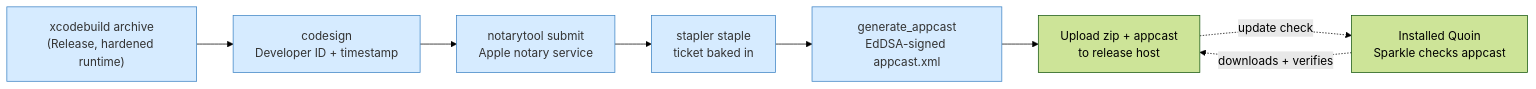
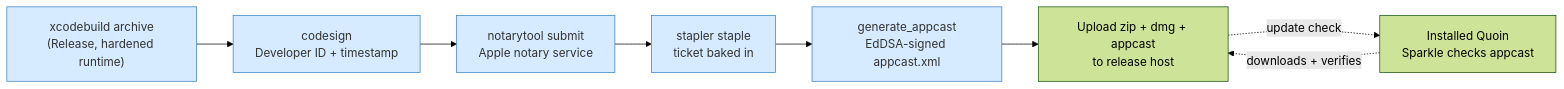
Before and after one commit to 2389-research/Quoin: the diagram in docs/reference/distribution.md, drawn with Mermaid (forest theme). The commit also changed other lines of this file and 3 other files, not shown here.

First line of the commit message:
ci: ship a notarized drag-install DMG with each release

````diff
--- a/docs/reference/distribution.md
+++ b/docs/reference/distribution.md
@@ -15,17 +15,17 @@
 ```mermaid
 flowchart LR
     build["xcodebuild archive<br/>(Release, hardened runtime)"]
     sign["codesign<br/>Developer ID + timestamp"]
     notarize["notarytool submit<br/>Apple notary service"]
     staple["stapler staple<br/>ticket baked in"]
     appcast["generate_appcast<br/>EdDSA-signed appcast.xml"]
-    host["Upload zip + appcast<br/>to release host"]
+    host["Upload zip + dmg + appcast<br/>to release host"]
     user["Installed Quoin<br/>Sparkle checks appcast"]
 
     build --> sign --> notarize --> staple --> appcast --> host
     host -.update check.-> user
     user -.downloads + verifies.-> host
 
     classDef script fill:#d6ebff,stroke:#3b82c4,color:#333
     class build,sign,notarize,staple,appcast script
 ```
````
